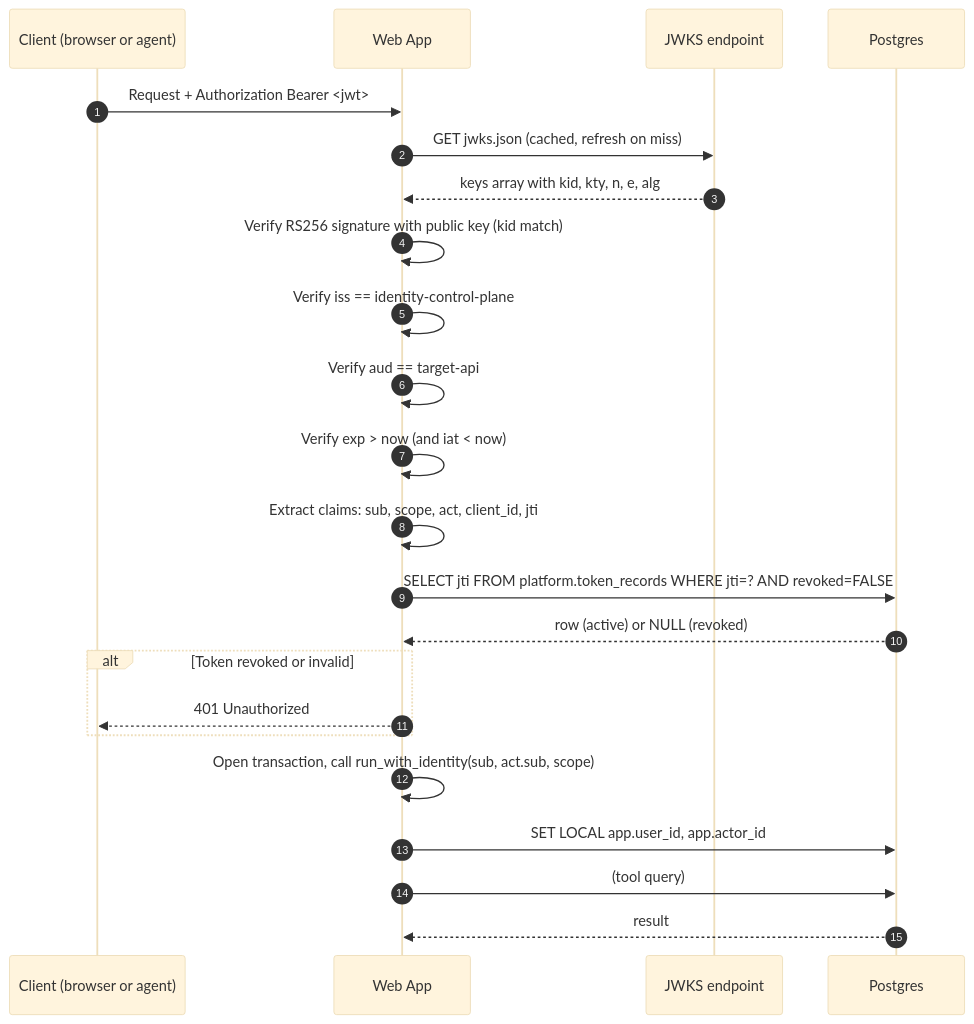
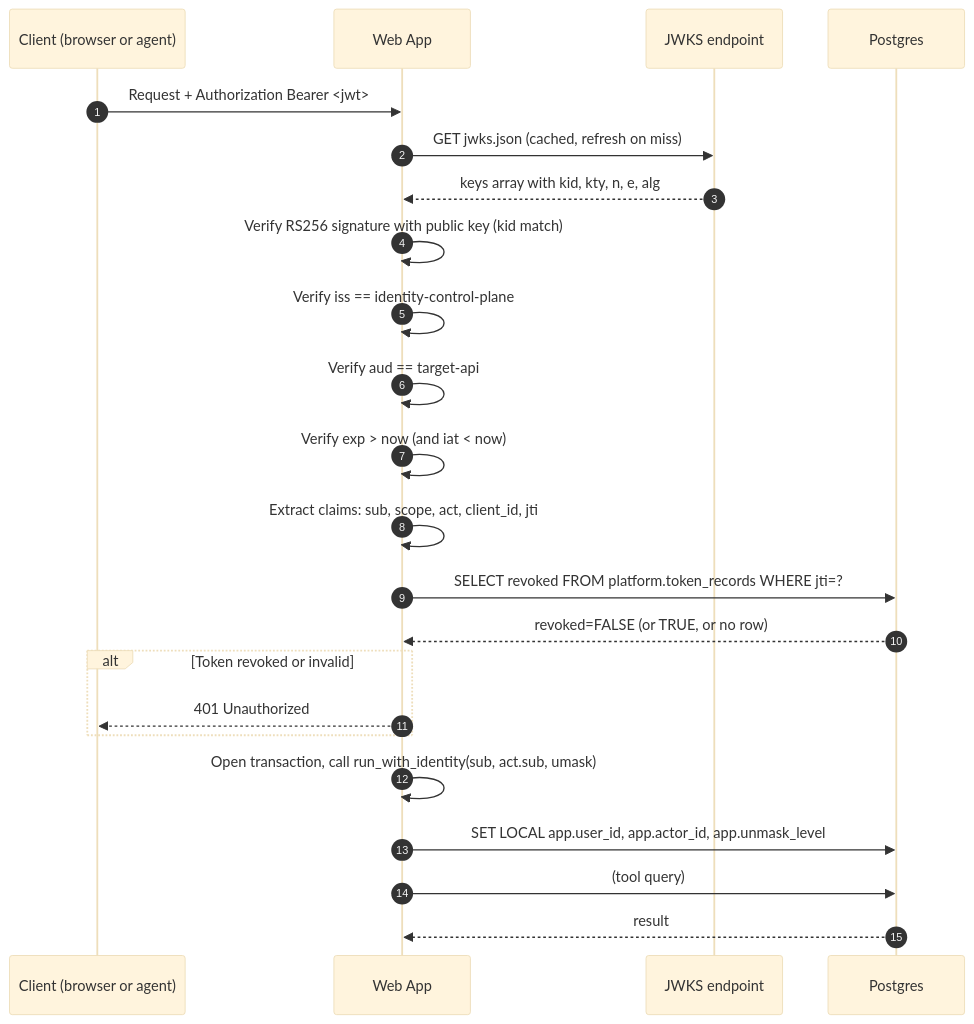
Before and after one commit to theRealMarkCastillo/identity-demo: the sixth of 9 diagrams in docs/ARCHITECTURE.md, drawn with Mermaid (base theme). The commit also changed other lines of this file and 7 other files, not shown here.

````diff
--- a/docs/ARCHITECTURE.md
+++ b/docs/ARCHITECTURE.md
@@ -705,26 +746,26 @@
 ```mermaid
 sequenceDiagram
     autonumber
     participant C as Client (browser or agent)
     participant W as Web App
     participant JWKS as JWKS endpoint
     participant DB as Postgres
 
     C->>W: Request + Authorization Bearer <jwt>
     W->>JWKS: GET jwks.json (cached, refresh on miss)
     JWKS-->>W: keys array with kid, kty, n, e, alg
     W->>W: Verify RS256 signature with public key (kid match)
     W->>W: Verify iss == identity-control-plane
     W->>W: Verify aud == target-api
     W->>W: Verify exp > now (and iat < now)
     W->>W: Extract claims: sub, scope, act, client_id, jti
-    W->>DB: SELECT jti FROM platform.token_records WHERE jti=? AND revoked=FALSE
-    DB-->>W: row (active) or NULL (revoked)
+    W->>DB: SELECT revoked FROM platform.token_records WHERE jti=?
+    DB-->>W: revoked=FALSE (or TRUE, or no row)
     alt Token revoked or invalid
         W-->>C: 401 Unauthorized
     end
-    W->>W: Open transaction, call run_with_identity(sub, act.sub, scope)
-    W->>DB: SET LOCAL app.user_id, app.actor_id
+    W->>W: Open transaction, call run_with_identity(sub, act.sub, umask)
+    W->>DB: SET LOCAL app.user_id, app.actor_id, app.unmask_level
     W->>DB: (tool query)
     DB-->>W: result
 ```
````
